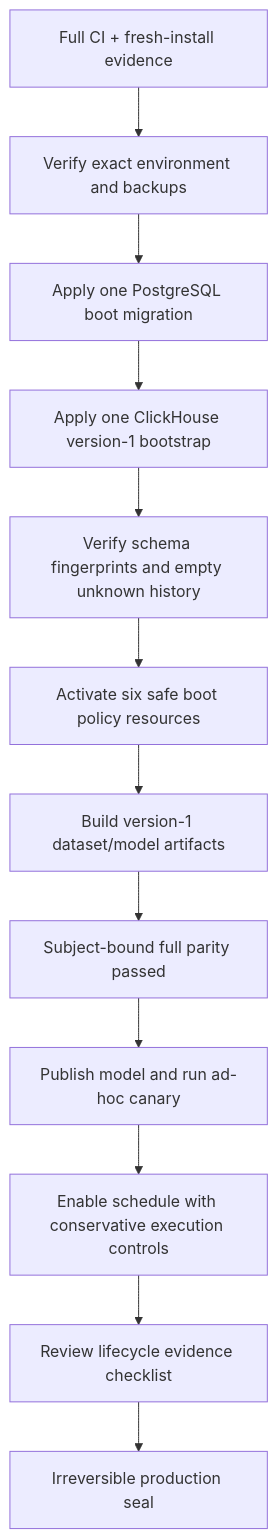
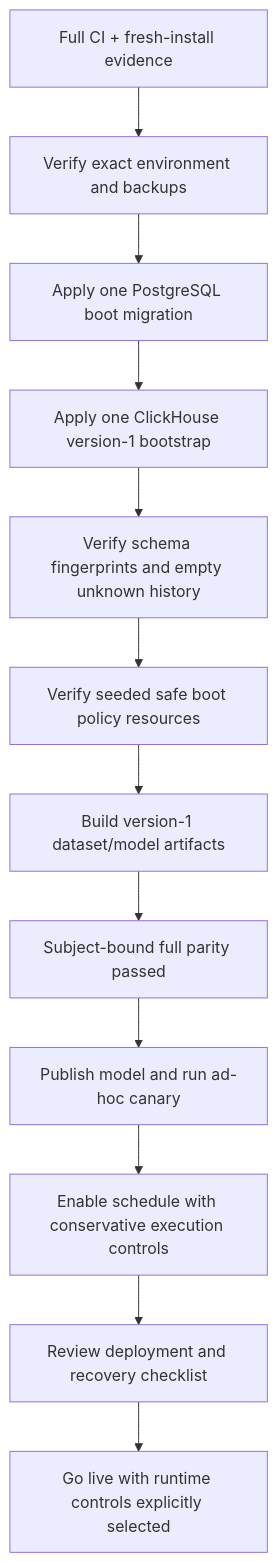
Diagram 12 of 12 in docs/operations/architecture-and-design.md (solomon-ssy/oxide-arb), drawn with Mermaid before and after one commit. The commit also changed other lines of this file and 361 other files, not shown here.

Commit message:
feat(api,core,models,repository,migration,web,config,docs): 🔁 Phase 12.1 — settlement pipeline closure, DB-backed runtime controls, Polymarket V2 adapter, and drop legacy lifecycle/kill-switch gates

````diff
--- a/docs/operations/architecture-and-design.md
+++ b/docs/operations/architecture-and-design.md
@@ -801,14 +800,14 @@
 ```mermaid
 flowchart TD
     A["Full CI + fresh-install evidence"] --> B["Verify exact environment and backups"]
     B --> C["Apply one PostgreSQL boot migration"]
     C --> D["Apply one ClickHouse version-1 bootstrap"]
     D --> E["Verify schema fingerprints and empty unknown history"]
-    E --> F["Activate six safe boot policy resources"]
+    E --> F["Verify seeded safe boot policy resources"]
     F --> G["Build version-1 dataset/model artifacts"]
     G --> H["Subject-bound full parity passed"]
     H --> I["Publish model and run ad-hoc canary"]
     I --> J["Enable schedule with conservative execution controls"]
-    J --> K["Review lifecycle evidence checklist"]
-    K --> L["Irreversible production seal"]
+    J --> K["Review deployment and recovery checklist"]
+    K --> L["Go live with runtime controls explicitly selected"]
 ```
````
